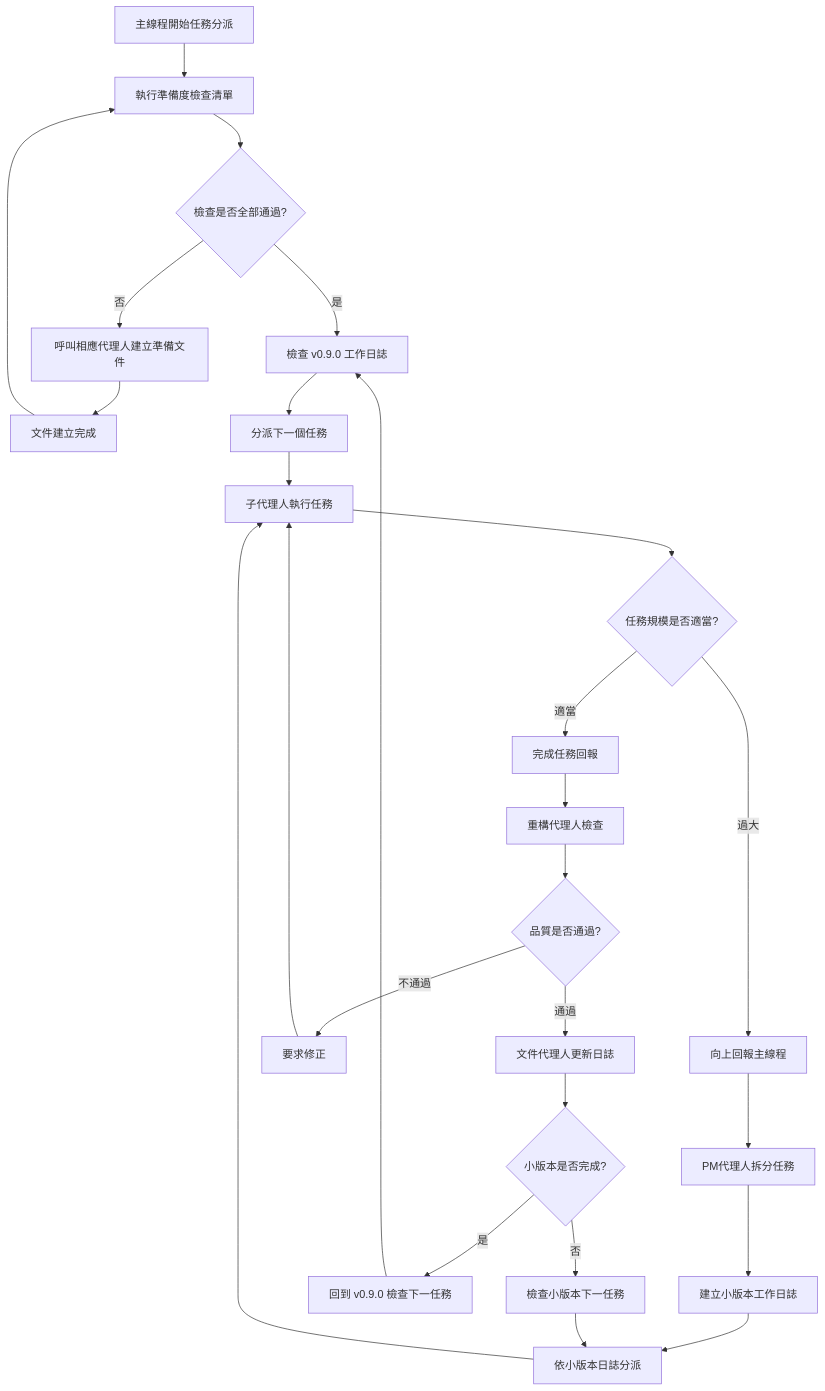
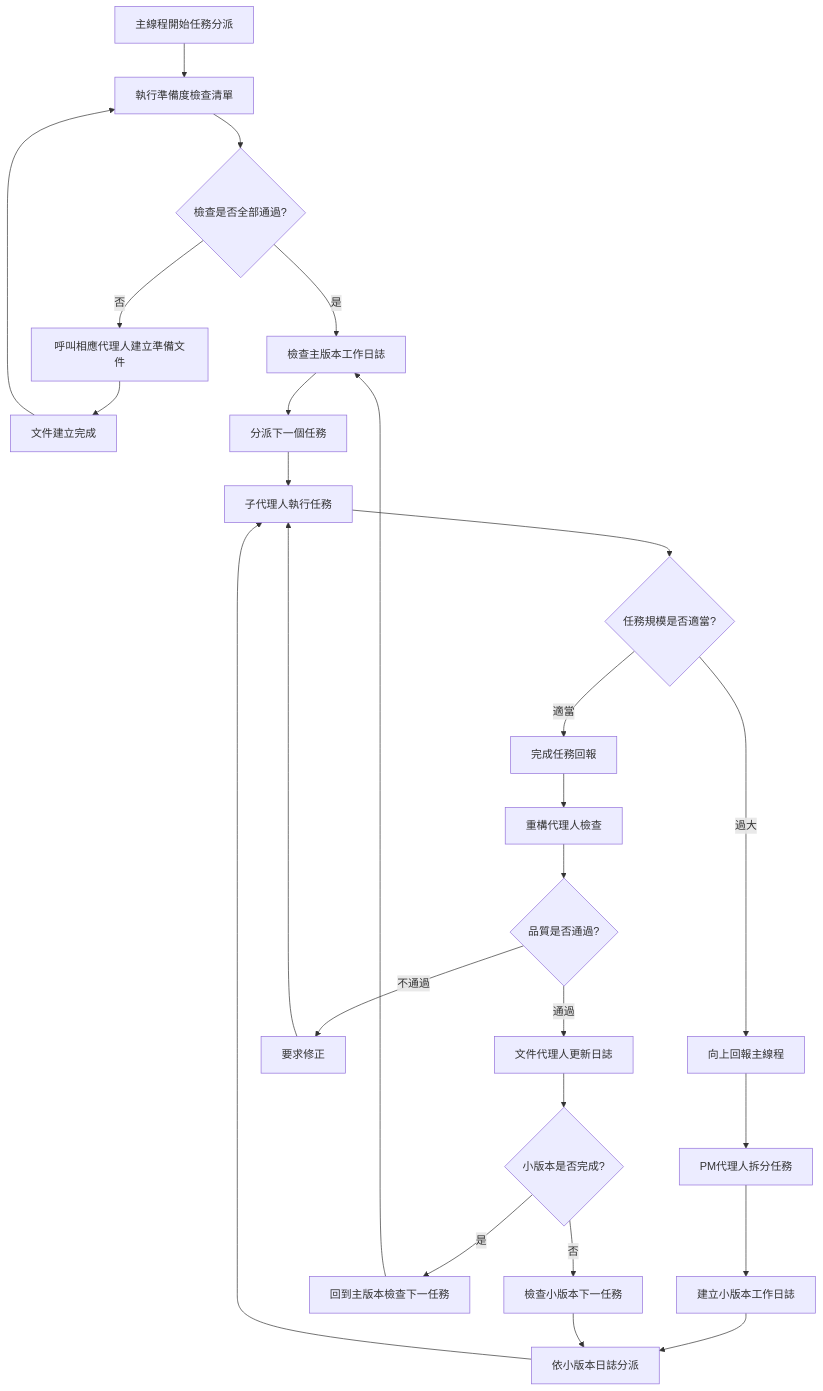
Before and after one commit to tarrragon/blog: the first of 6 diagrams in content/record/agile-refactor-methodology.md, drawn with Mermaid. The commit also changed other lines of this file, not shown here.

````diff
--- a/content/record/agile-refactor-methodology.md
+++ b/content/record/agile-refactor-methodology.md
@@ -191,28 +201,28 @@
 ```mermaid
 graph TD
     A[主線程開始任務分派] --> B[執行準備度檢查清單]
     B --> C{檢查是否全部通過?}
     C -->|否| D[呼叫相應代理人建立準備文件]
     D --> E[文件建立完成]
     E --> B
-    C -->|是| F[檢查 v0.9.0 工作日誌]
+    C -->|是| F[檢查主版本工作日誌]
     F --> G[分派下一個任務]
     G --> H[子代理人執行任務]
     H --> I{任務規模是否適當?}
     I -->|過大| J[向上回報主線程]
     J --> K[PM代理人拆分任務]
     K --> L[建立小版本工作日誌]
     L --> M[依小版本日誌分派]
     M --> H
     I -->|適當| N[完成任務回報]
     N --> O[重構代理人檢查]
     O --> P{品質是否通過?}
     P -->|不通過| Q[要求修正]
     Q --> H
     P -->|通過| R[文件代理人更新日誌]
     R --> S{小版本是否完成?}
-    S -->|是| T[回到 v0.9.0 檢查下一任務]
+    S -->|是| T[回到主版本檢查下一任務]
     S -->|否| U[檢查小版本下一任務]
     U --> M
     T --> F
 ```
````
